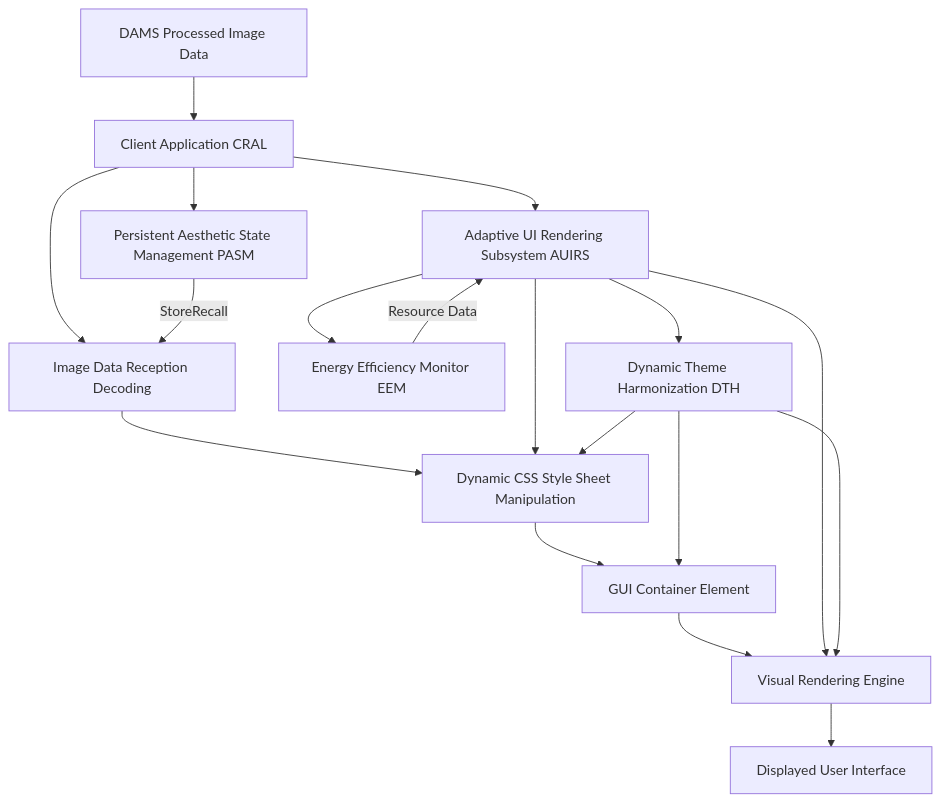
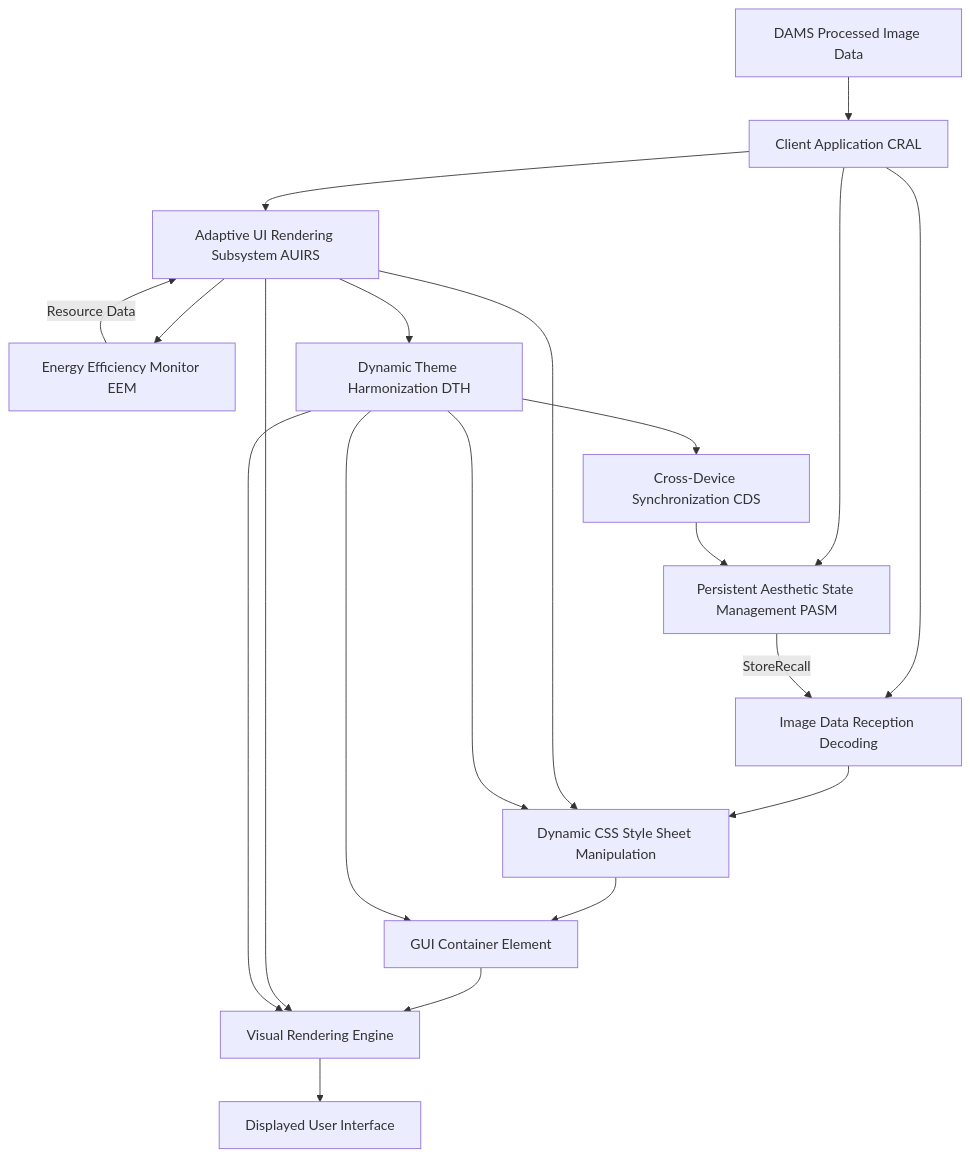
One commit to diplomat-bit/Citibank_Demo_Business_Inc_Demonstration- changed the eighth of 12 diagrams in inventions/001_generative_ui_background.md. Above: the diagram before and after it, drawn with Mermaid. The commit also changed other lines of this file, not shown here.

````diff
--- a/inventions/001_generative_ui_background.md
+++ b/inventions/001_generative_ui_background.md
@@ -310,20 +334,22 @@
 ```mermaid
 graph TD
     A[DAMS Processed Image Data] --> B[Client Application CRAL]
     B --> C[Image Data Reception Decoding]
     C --> D[Dynamic CSS Style Sheet Manipulation]
     D --> E[GUI Container Element]
     E --> F[Visual Rendering Engine]
     F --> G[Displayed User Interface]
     B --> H[Persistent Aesthetic State Management PASM]
     H -- StoreRecall --> C
     B --> I[Adaptive UI Rendering Subsystem AUIRS]
     I --> D
     I --> F
     I --> J[Energy Efficiency Monitor EEM]
     J -- Resource Data --> I
     I --> K[Dynamic Theme Harmonization DTH]
     K --> D
     K --> E
     K --> F
+    K --> L[Cross-Device Synchronization CDS];
+    L --> H;
 ```
````
